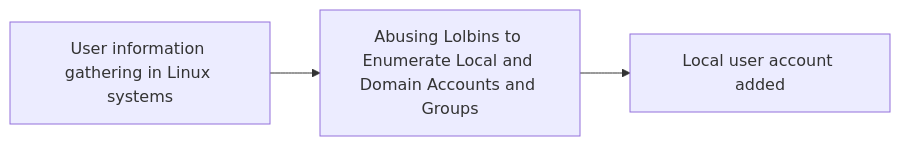
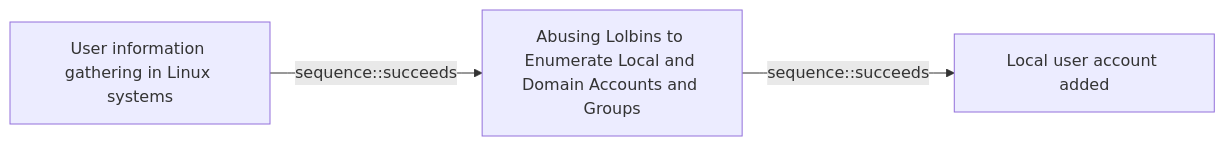
One commit to opentidehq/library changed the diagram in docs/threats/user-information-gathering-in-linux-systems.md. Above: the diagram before and after it, drawn with Mermaid. The commit also changed other lines of this file and 277 other files, not shown here.

````diff
--- a/docs/threats/user-information-gathering-in-linux-systems.md
+++ b/docs/threats/user-information-gathering-in-linux-systems.md
@@ -72,8 +108,8 @@
 ```mermaid
 flowchart LR
 8bc82ff8_e106_4377_98f1_2cb912631ffa["User information gathering in Linux systems"]
 3b1026c6_7d04_4b91_ba6f_abc68e993616["Abusing Lolbins to Enumerate Local and Domain Accounts and Groups"]
 e2d8ce6b_f21e_4444_a828_0c6b722a9c93["Local user account added"]
-8bc82ff8_e106_4377_98f1_2cb912631ffa --> 3b1026c6_7d04_4b91_ba6f_abc68e993616
-3b1026c6_7d04_4b91_ba6f_abc68e993616 --> e2d8ce6b_f21e_4444_a828_0c6b722a9c93
+8bc82ff8_e106_4377_98f1_2cb912631ffa -->|sequence::succeeds| 3b1026c6_7d04_4b91_ba6f_abc68e993616
+3b1026c6_7d04_4b91_ba6f_abc68e993616 -->|sequence::succeeds| e2d8ce6b_f21e_4444_a828_0c6b722a9c93
 ```
````
